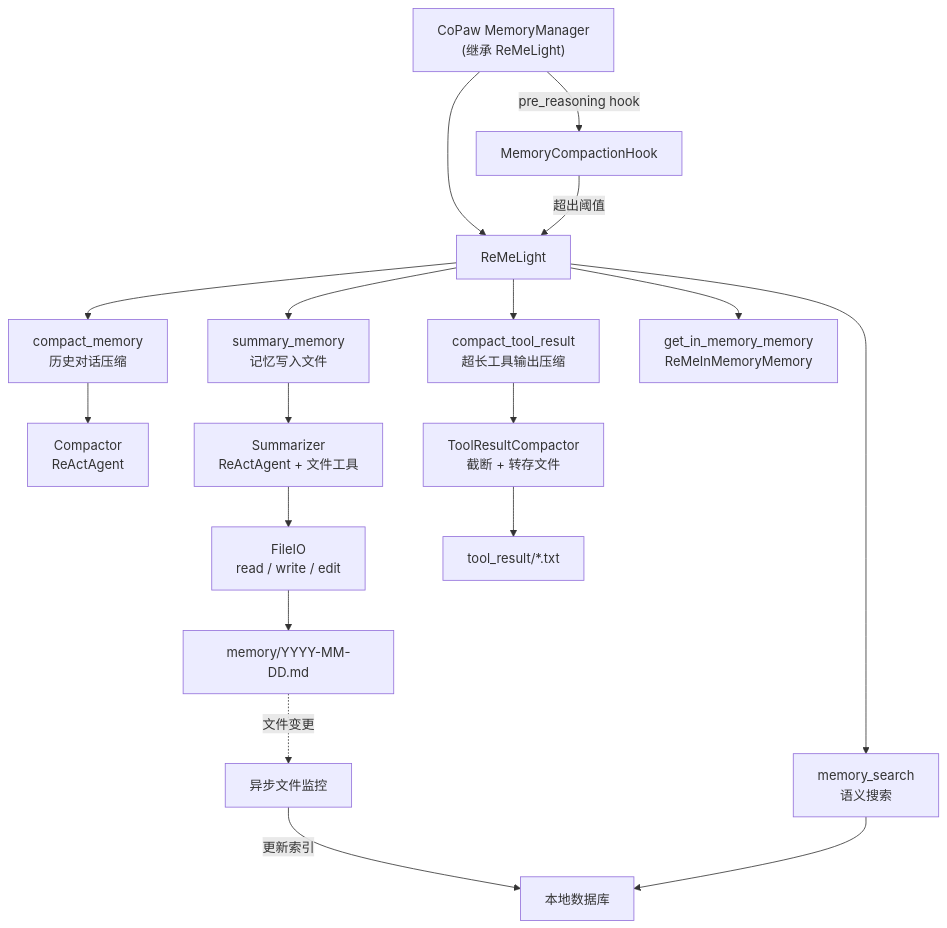
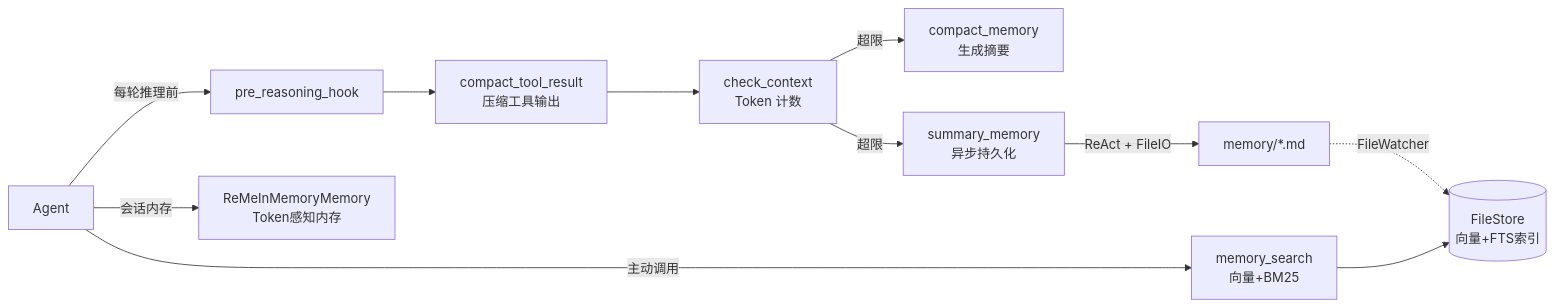
One commit to lllyyysss77/ReMe changed the first of 9 diagrams in README_ZH.md. Above: the diagram before and after it, drawn with Mermaid. The commit also changed other lines of this file and 106 other files, not shown here.

First line of the commit message:
feat(memory): add ContextChecker component for context size management (#144)

````diff
--- a/README_ZH.md
+++ b/README_ZH.md
@@ -172,20 +173,13 @@
 ```mermaid
-graph TB
-    CoPaw["CoPaw MemoryManager<br>(继承 ReMeLight)"] -->|pre_reasoning hook| Hook[MemoryCompactionHook]
-    CoPaw --> ReMeLight[ReMeLight]
-    Hook -->|超出阈值| ReMeLight
-    ReMeLight --> CompactMemory[compact_memory<br>历史对话压缩]
-    ReMeLight --> SummaryMemory[summary_memory<br>记忆写入文件]
-    ReMeLight --> CompactToolResult[compact_tool_result<br>超长工具输出压缩]
-    ReMeLight --> MemSearch[memory_search<br>语义搜索]
-    ReMeLight --> InMemory[get_in_memory_memory<br>ReMeInMemoryMemory]
-    CompactMemory --> Compactor[Compactor<br>ReActAgent]
-    SummaryMemory --> Summarizer[Summarizer<br>ReActAgent + 文件工具]
-    CompactToolResult --> ToolResultCompactor[ToolResultCompactor<br>截断 + 转存文件]
-    Summarizer --> FileIO[FileIO<br>read / write / edit]
-    FileIO --> MemoryFiles[memory/YYYY-MM-DD.md]
-    ToolResultCompactor --> ToolResultFiles[tool_result/*.txt]
-    MemoryFiles -.->|文件变更| FileWatcher[异步文件监控]
-    FileWatcher -->|更新索引| FileStore[本地数据库]
-    MemSearch --> FileStore
+graph LR
+    Agent[Agent] -->|每轮推理前| Hook[pre_reasoning_hook]
+    Hook --> TC[compact_tool_result<br>压缩工具输出]
+    TC --> CC[check_context<br>Token 计数]
+    CC -->|超限| CM[compact_memory<br>生成摘要]
+    CC -->|超限| SM[summary_memory<br>异步持久化]
+    SM -->|ReAct + FileIO| Files[memory/*.md]
+    Agent -->|主动调用| Search[memory_search<br>向量+BM25]
+    Agent -->|会话内存| InMem[ReMeInMemoryMemory<br>Token感知内存]
+    Files -.->|FileWatcher| Store[(FileStore<br>向量+FTS索引)]
+    Search --> Store
 ```
````
